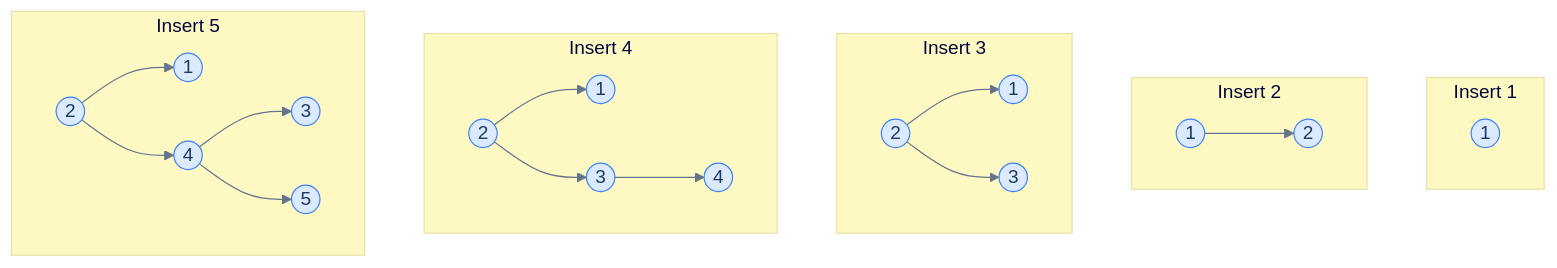
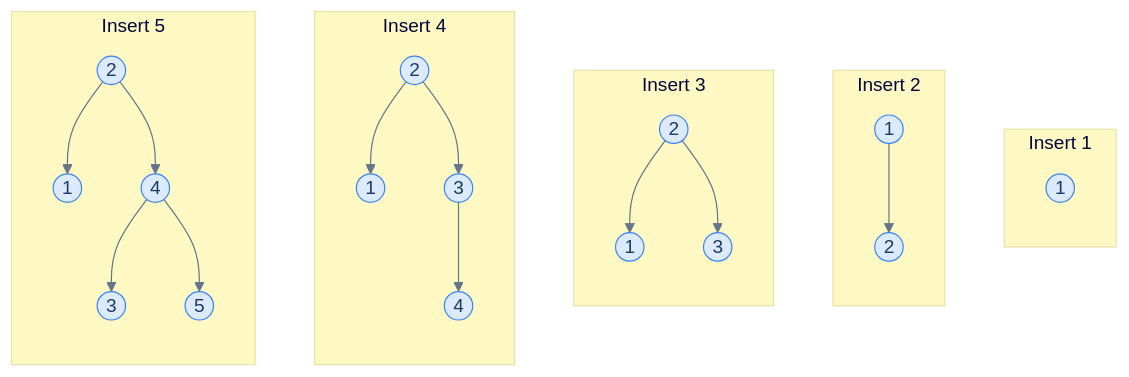
Before and after one commit to ani2fun/note-book: the ninth of 19 diagrams in src/computer-science/DSA/data-structures/8.binary-search-tree/02-height-and-balance-in-binary-search-trees.md, drawn with Mermaid. The commit also changed other lines of this file and 4 other files, not shown here.

````diff
--- a/src/computer-science/DSA/data-structures/8.binary-search-tree/02-height-and-balance-in-binary-search-trees.md
+++ b/src/computer-science/DSA/data-structures/8.binary-search-tree/02-height-and-balance-in-binary-search-trees.md
@@ -400,49 +415,54 @@
 ```mermaid
 ---
 config:
   theme: base
   themeVariables:
     primaryColor: "#dbeafe"
     primaryBorderColor: "#3b82f6"
     primaryTextColor: "#1e3a5f"
     lineColor: "#64748b"
     secondaryColor: "#ede9fe"
     tertiaryColor: "#fef9c3"
 ---
 flowchart TB
     subgraph N1["Insert 1"]
+        direction TB
         S1((1))
     end
     subgraph N2["Insert 2"]
+        direction TB
         T1((1))
         T2((2))
         T1 --> T2
     end
     subgraph N3["Insert 3"]
+        direction TB
         U1((2))
         U2((1))
         U3((3))
         U1 --> U2
         U1 --> U3
     end
     subgraph N4["Insert 4"]
+        direction TB
         V1((2))
         V2((1))
         V3((3))
         V4((4))
         V1 --> V2
         V1 --> V3
         V3 --> V4
     end
     subgraph N5["Insert 5"]
+        direction TB
         W1((2))
         W2((1))
         W3((4))
         W4((3))
         W5((5))
         W1 --> W2
         W1 --> W3
         W3 --> W4
         W3 --> W5
     end
 ```
````
